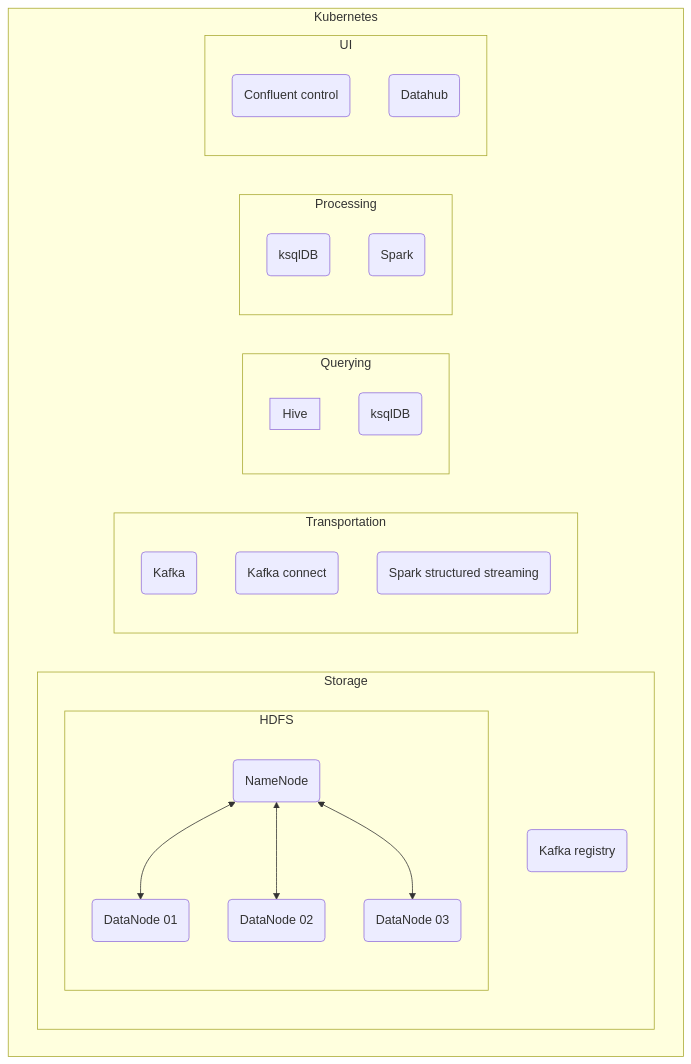
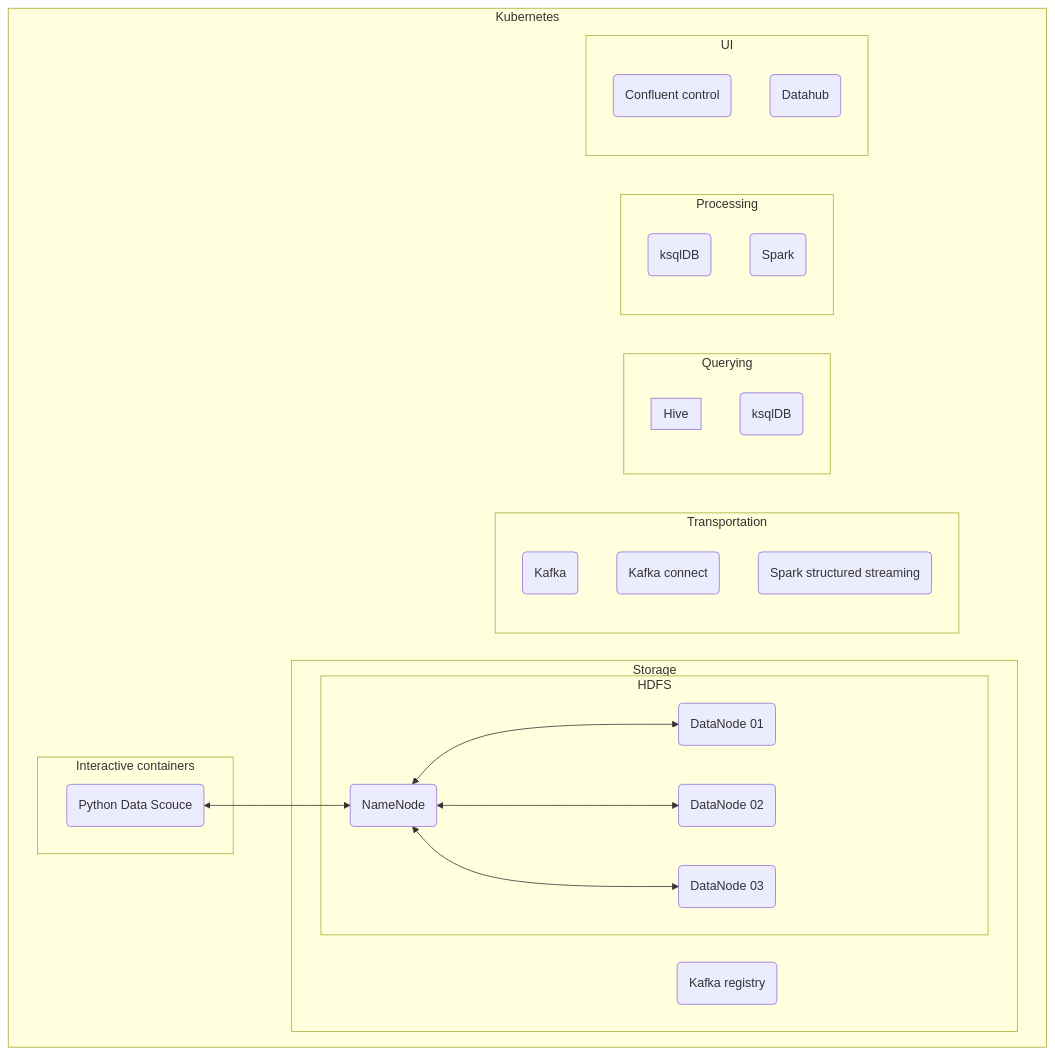
The diagram in README.md (jakobhviid/BigDataCourseExercises), drawn with Mermaid before and after one commit. The commit also changed 9 other files, not shown here.

````diff
--- a/README.md
+++ b/README.md
@@ -17,44 +17,49 @@
 ```mermaid
 graph
 
 subgraph Kubernetes
     subgraph Storage 
     
         subgraph HDFS
             namenode(NameNode)
             datanode01(DataNode 01)
             datanode02(DataNode 02)
             datanode03(DataNode 03)
             namenode <--> datanode01 & datanode02 & datanode03
         end
         registry(Kafka registry)
     end
 
     subgraph Transportation
         transkafka(Kafka)
         transconnect(Kafka connect)
         transspark(Spark structured streaming)
     end
+    subgraph Interactive containers
+        ubuntupy(Python Data Scouce)
+    end
     
     subgraph Querying
         subgraph Hive
         end
         queryksqldb(ksqlDB)
     end
     
     
     subgraph Processing
         processksqldb(ksqlDB)
         processspark(Spark)
     end
 
 
     subgraph UI
         uiconcontrol(Confluent control)
         uidatahub(Datahub)
     end
 
+ubuntupy <--> namenode
+
 end
 
 
 ```
````
